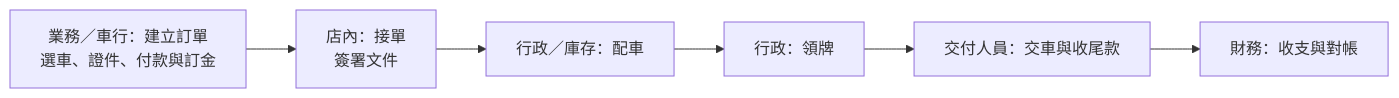
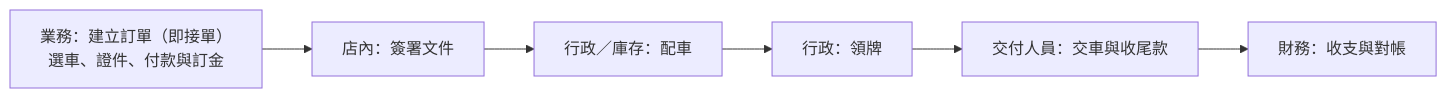
One commit to AudiChang-hub/DMIS changed the diagram in docs/USER_MANUAL.md. Above: the diagram before and after it, drawn with Mermaid. The commit also changed other lines of this file and 147 other files, not shown here.

````diff
--- a/docs/USER_MANUAL.md
+++ b/docs/USER_MANUAL.md
@@ -82,8 +82,8 @@
 ```mermaid
 flowchart LR
-    A[業務／車行：建立訂單\n選車、證件、付款與訂金] --> B[店內：接單\n簽署文件]
+    A[業務：建立訂單（即接單）\n選車、證件、付款與訂金] --> B[店內：簽署文件]
     B --> C[行政／庫存：配車]
     C --> D[行政：領牌]
     D --> E[交付人員：交車與收尾款]
     E --> F[財務：收支與對帳]
 ```
````
